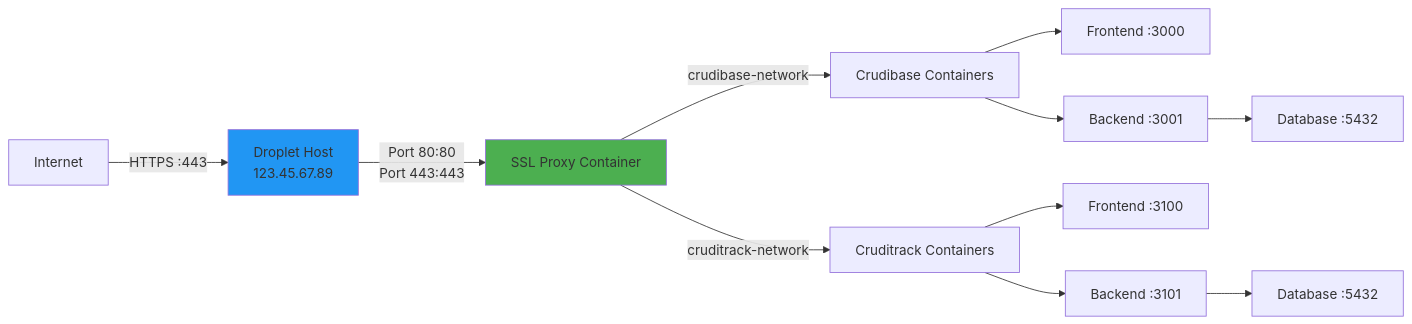
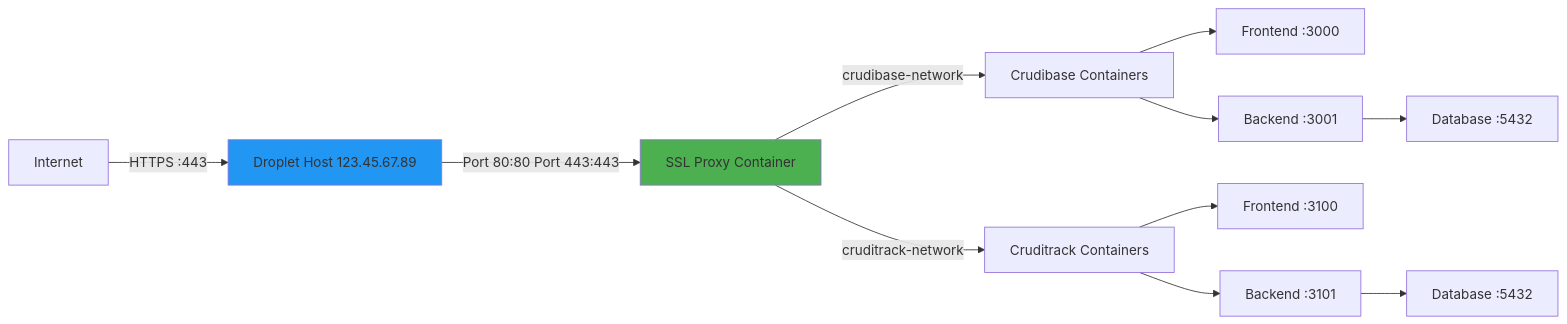
One commit to softwarewrighter/ssl-proxy-for-do changed the second of 9 diagrams in wiki/Network-Architecture.md. Above: the diagram before and after it, drawn with Mermaid. The commit also changed other lines of this file and 7 other files, not shown here.

First line of the commit message:
Fix wiki Mermaid diagrams: remove remaining <br/> tags

````diff
--- a/wiki/Network-Architecture.md
+++ b/wiki/Network-Architecture.md
@@ -80,20 +80,20 @@
 ```mermaid
 graph LR
-    Internet[Internet] -->|HTTPS :443| Host[Droplet Host<br/>123.45.67.89]
+    Internet[Internet] -->|HTTPS :443| Host[Droplet Host 123.45.67.89]
 
-    Host -->|Port 80:80<br/>Port 443:443| SSLProxy[SSL Proxy Container]
+    Host -->|Port 80:80 Port 443:443| SSLProxy[SSL Proxy Container]
 
     SSLProxy -->|crudibase-network| CB[Crudibase Containers]
     SSLProxy -->|cruditrack-network| CT[Cruditrack Containers]
 
     CB --> CB_FE[Frontend :3000]
     CB --> CB_BE[Backend :3001]
     CB_BE --> CB_DB[Database :5432]
 
     CT --> CT_FE[Frontend :3100]
     CT --> CT_BE[Backend :3101]
     CT_BE --> CT_DB[Database :5432]
 
     style SSLProxy fill:#4CAF50
     style Host fill:#2196F3
 ```
````
